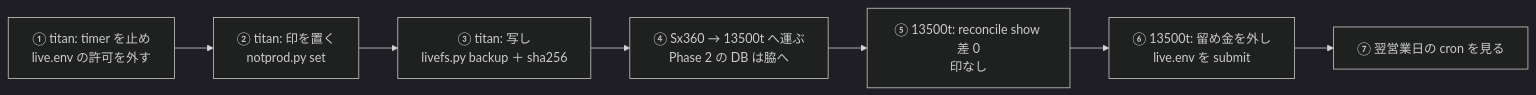
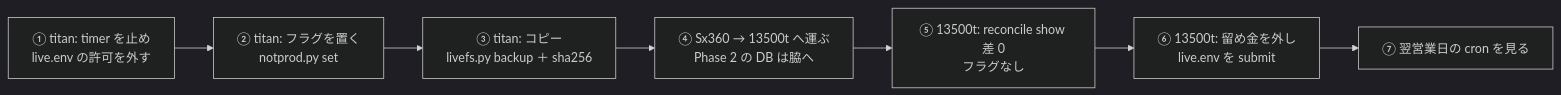
One commit to akiraak/ai-income-lab changed diagram 15 of 21 in docs/specs/experiments/live-trading.md. Above: the diagram before and after it, drawn with Mermaid (dark theme). The commit also changed other lines of this file and 45 other files, not shown here.

````diff
--- a/docs/specs/experiments/live-trading.md
+++ b/docs/specs/experiments/live-trading.md
@@ -1120,9 +1120,9 @@
 ```mermaid
 flowchart LR
-  A["① titan: timer を止め<br/>live.env の許可を外す"] --> B["② titan: 印を置く<br/>notprod.py set"]
-  B --> C["③ titan: 写し<br/>livefs.py backup ＋ sha256"]
+  A["① titan: timer を止め<br/>live.env の許可を外す"] --> B["② titan: フラグを置く<br/>notprod.py set"]
+  B --> C["③ titan: コピー<br/>livefs.py backup ＋ sha256"]
   C --> D["④ Sx360 → 13500t へ運ぶ<br/>Phase 2 の DB は脇へ"]
-  D --> E["⑤ 13500t: reconcile show 差 0<br/>印なし"]
+  D --> E["⑤ 13500t: reconcile show 差 0<br/>フラグなし"]
   E --> F["⑥ 13500t: 留め金を外し<br/>live.env を submit"]
   F --> G["⑦ 翌営業日の cron を見る"]
 ```
````
